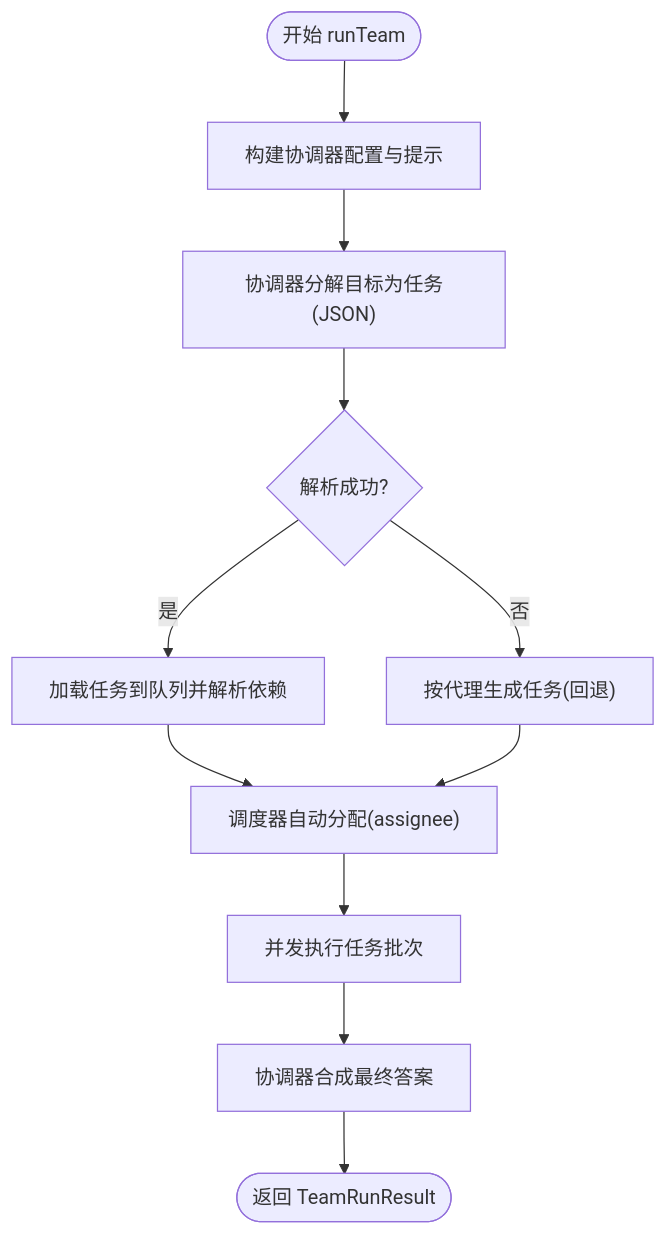
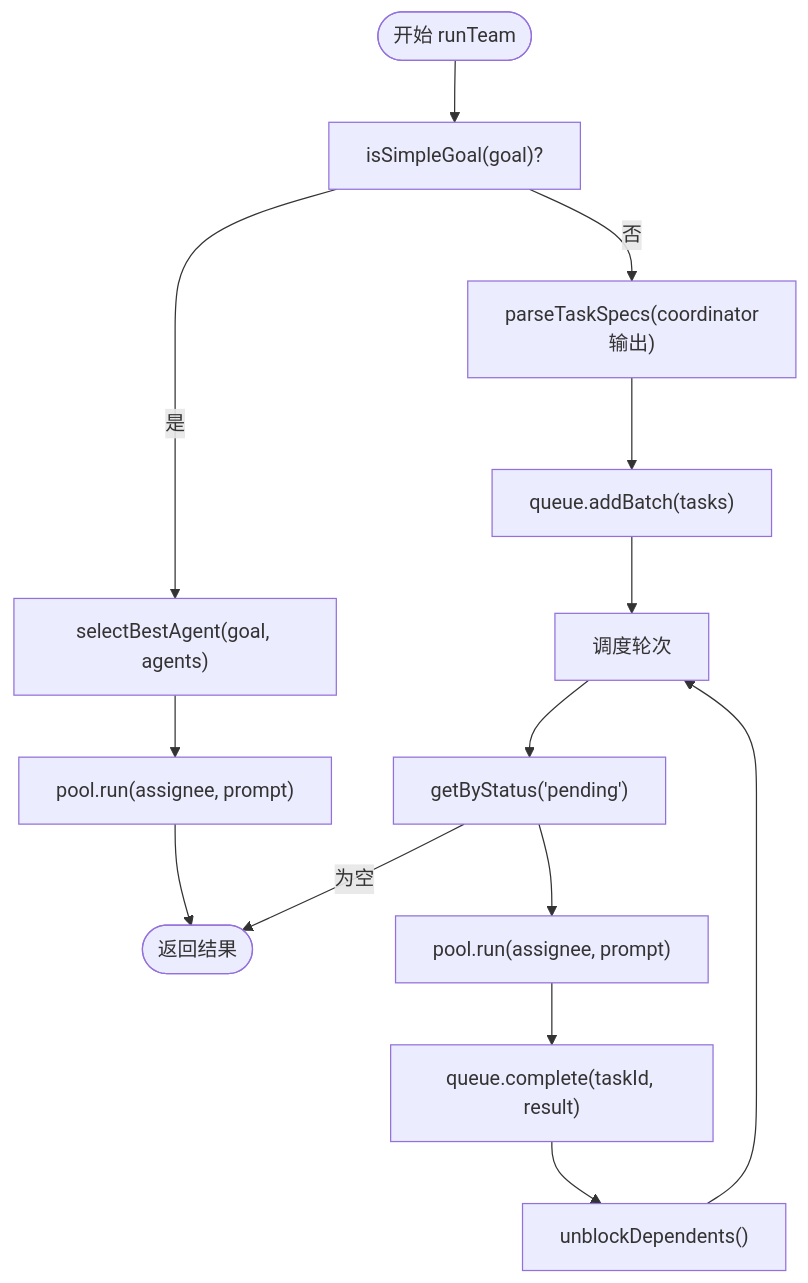
Before and after one commit to haolange/open-multi-agent: the third of 7 diagrams in .qoder/repowiki/zh/content/核心概念/核心概念.md, drawn with Mermaid. The commit also changed other lines of this file and 100 other files, not shown here.

````diff
--- a/.qoder/repowiki/zh/content/核心概念/核心概念.md
+++ b/.qoder/repowiki/zh/content/核心概念/核心概念.md
@@ -158,13 +160,16 @@
 ```mermaid
 flowchart TD
-Start(["开始 runTeam"]) --> BuildCoord["构建协调器配置与提示"]
-BuildCoord --> Decompose["协调器分解目标为任务(JSON)"]
-Decompose --> Parse{"解析成功?"}
-Parse --> |是| Load["加载任务到队列并解析依赖"]
-Parse --> |否| Fallback["按代理生成任务(回退)"]
-Load --> Assign["调度器自动分配(assignee)"]
-Fallback --> Assign
-Assign --> Execute["并发执行任务批次"]
-Execute --> Synthesize["协调器合成最终答案"]
-Synthesize --> End(["返回 TeamRunResult"])
+Start(["开始 runTeam"]) --> GoalCheck["isSimpleGoal(goal)?"]
+GoalCheck --> |是| Select["selectBestAgent(goal, agents)"]
+Select --> RunSingle["pool.run(assignee, prompt)"]
+RunSingle --> End(["返回结果"])
+GoalCheck --> |否| Parse["parseTaskSpecs(coordinator输出)"]
+Parse --> AddBatch["queue.addBatch(tasks)"]
+AddBatch --> Round["调度轮次"]
+Round --> Pending["getByStatus('pending')"]
+Pending --> |为空| End
+Pending --> Dispatch["pool.run(assignee, prompt)"]
+Dispatch --> Complete["queue.complete(taskId, result)"]
+Complete --> Unblock["unblockDependents()"]
+Unblock --> Round
 ```
````
